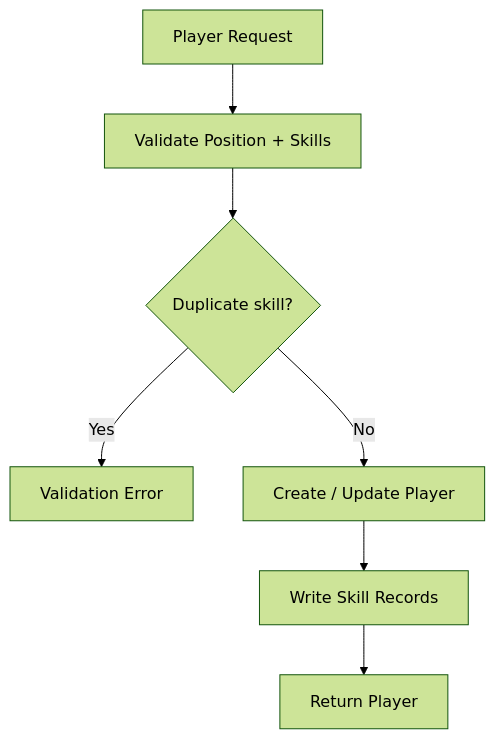
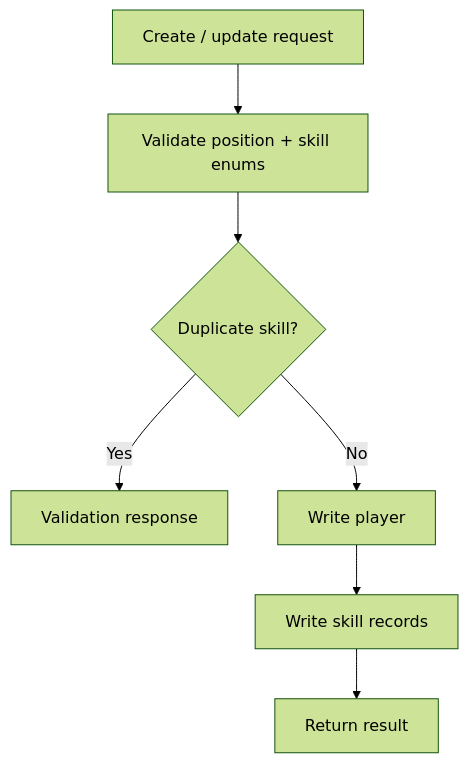
One commit to HidayahMF/RestFullPlayerApi changed the second of 6 diagrams in docs/development-pipeline.md. Above: the diagram before and after it, drawn with Mermaid (forest theme). The commit also changed other lines of this file, not shown here.

````diff
--- a/docs/development-pipeline.md
+++ b/docs/development-pipeline.md
@@ -21,9 +32,9 @@
 ```mermaid
 flowchart TD
-    REQ[Player Request] --> VAL[Validate Position + Skills]
-    VAL --> DUP{Duplicate skill?}
-    DUP -->|Yes| ERR[Validation Error]
-    DUP -->|No| WRITE[Create / Update Player]
-    WRITE --> SKILL[Write Skill Records]
-    SKILL --> RES[Return Player]
+    REQ[Create / update request] --> ENUM[Validate position + skill enums]
+    ENUM --> DUP{Duplicate skill?}
+    DUP -->|Yes| ERROR[Validation response]
+    DUP -->|No| PLAYER[Write player]
+    PLAYER --> SKILLS[Write skill records]
+    SKILLS --> DONE[Return result]
 ```
````
